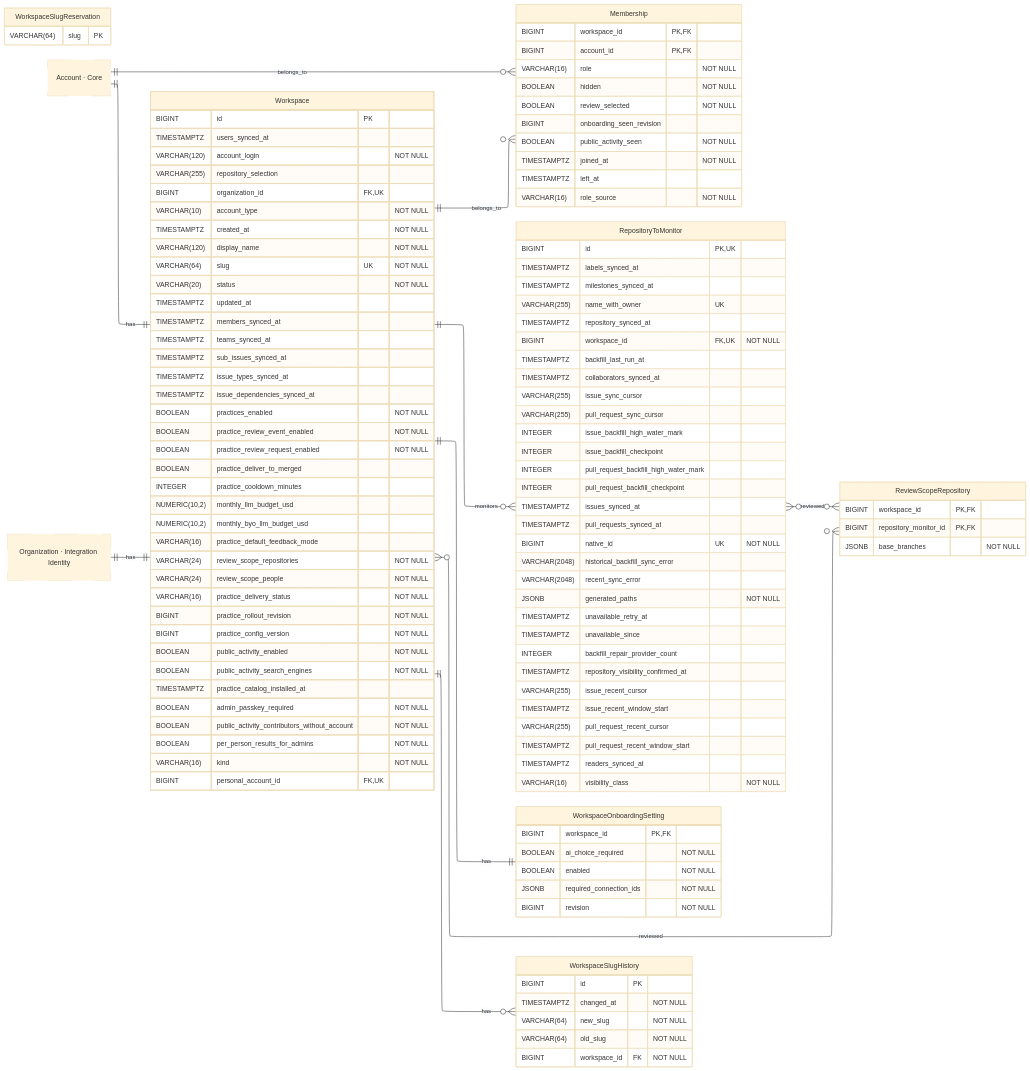
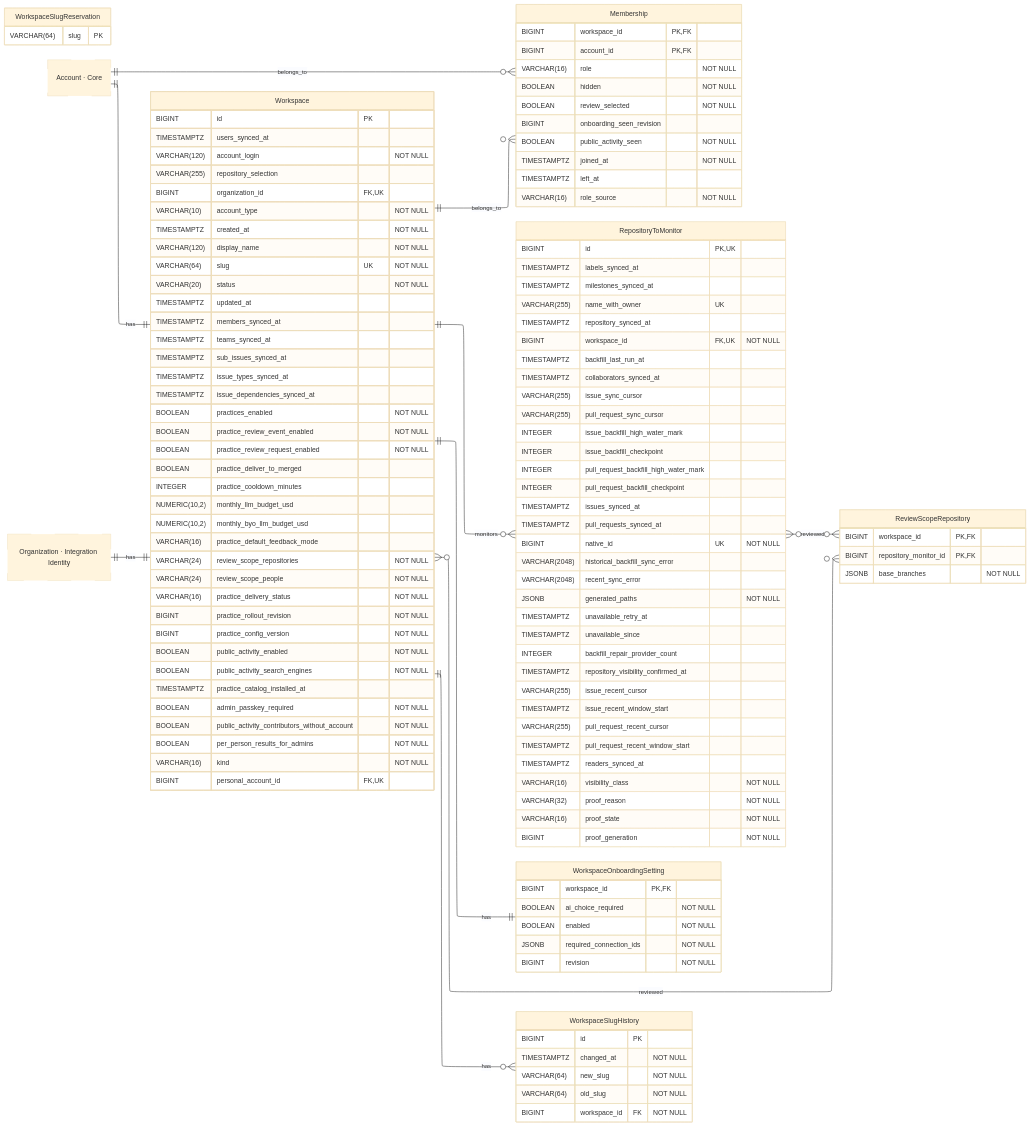
Before and after one commit to hephaestus-build/Hephaestus: the diagram in docs/contributor/erd/workspace.mmd, drawn with Mermaid (base theme). The commit also changed 28 other files, not shown here.

```diff
--- a/docs/contributor/erd/workspace.mmd
+++ b/docs/contributor/erd/workspace.mmd
@@ -1,152 +1,155 @@
 ---
 config:
     layout: elk
 ---
 erDiagram
     %% Generated automatically from PostgreSQL database schema
     %% using scripts/generate-mermaid-erd.ts
     %% To regenerate: vp run db:generate-erd-docs
 
     direction LR
 
     Membership {
         BIGINT workspace_id PK,FK
         BIGINT account_id PK,FK
         VARCHAR(16) role "NOT NULL"
         BOOLEAN hidden "NOT NULL"
         BOOLEAN review_selected "NOT NULL"
         BIGINT onboarding_seen_revision
         BOOLEAN public_activity_seen "NOT NULL"
         TIMESTAMPTZ joined_at "NOT NULL"
         TIMESTAMPTZ left_at
         VARCHAR(16) role_source "NOT NULL"
     }
 
     RepositoryToMonitor {
         BIGINT id PK,UK
         TIMESTAMPTZ labels_synced_at
         TIMESTAMPTZ milestones_synced_at
         VARCHAR(255) name_with_owner UK
         TIMESTAMPTZ repository_synced_at
         BIGINT workspace_id FK,UK "NOT NULL"
         TIMESTAMPTZ backfill_last_run_at
         TIMESTAMPTZ collaborators_synced_at
         VARCHAR(255) issue_sync_cursor
         VARCHAR(255) pull_request_sync_cursor
         INTEGER issue_backfill_high_water_mark
         INTEGER issue_backfill_checkpoint
         INTEGER pull_request_backfill_high_water_mark
         INTEGER pull_request_backfill_checkpoint
         TIMESTAMPTZ issues_synced_at
         TIMESTAMPTZ pull_requests_synced_at
         BIGINT native_id UK "NOT NULL"
         VARCHAR(2048) historical_backfill_sync_error
         VARCHAR(2048) recent_sync_error
         JSONB generated_paths "NOT NULL"
         TIMESTAMPTZ unavailable_retry_at
         TIMESTAMPTZ unavailable_since
         INTEGER backfill_repair_provider_count
         TIMESTAMPTZ repository_visibility_confirmed_at
         VARCHAR(255) issue_recent_cursor
         TIMESTAMPTZ issue_recent_window_start
         VARCHAR(255) pull_request_recent_cursor
         TIMESTAMPTZ pull_request_recent_window_start
         TIMESTAMPTZ readers_synced_at
         VARCHAR(16) visibility_class "NOT NULL"
+        VARCHAR(32) proof_reason "NOT NULL"
+        VARCHAR(16) proof_state "NOT NULL"
+        BIGINT proof_generation "NOT NULL"
     }
 
     ReviewScopeRepository {
         BIGINT workspace_id PK,FK
         BIGINT repository_monitor_id PK,FK
         JSONB base_branches "NOT NULL"
     }
 
     Workspace {
         BIGINT id PK
         TIMESTAMPTZ users_synced_at
         VARCHAR(120) account_login "NOT NULL"
         VARCHAR(255) repository_selection
         BIGINT organization_id FK,UK
         VARCHAR(10) account_type "NOT NULL"
         TIMESTAMPTZ created_at "NOT NULL"
         VARCHAR(120) display_name "NOT NULL"
         VARCHAR(64) slug UK "NOT NULL"
         VARCHAR(20) status "NOT NULL"
         TIMESTAMPTZ updated_at
         TIMESTAMPTZ members_synced_at
         TIMESTAMPTZ teams_synced_at
         TIMESTAMPTZ sub_issues_synced_at
         TIMESTAMPTZ issue_types_synced_at
         TIMESTAMPTZ issue_dependencies_synced_at
         BOOLEAN practices_enabled "NOT NULL"
         BOOLEAN practice_review_event_enabled "NOT NULL"
         BOOLEAN practice_review_request_enabled "NOT NULL"
         BOOLEAN practice_deliver_to_merged
         INTEGER practice_cooldown_minutes
         NUMERIC(10,2) monthly_llm_budget_usd
         NUMERIC(10,2) monthly_byo_llm_budget_usd
         VARCHAR(16) practice_default_feedback_mode
         VARCHAR(24) review_scope_repositories "NOT NULL"
         VARCHAR(24) review_scope_people "NOT NULL"
         VARCHAR(16) practice_delivery_status "NOT NULL"
         BIGINT practice_rollout_revision "NOT NULL"
         BIGINT practice_config_version "NOT NULL"
         BOOLEAN public_activity_enabled "NOT NULL"
         BOOLEAN public_activity_search_engines "NOT NULL"
         TIMESTAMPTZ practice_catalog_installed_at
         BOOLEAN admin_passkey_required "NOT NULL"
         BOOLEAN public_activity_contributors_without_account "NOT NULL"
         BOOLEAN per_person_results_for_admins "NOT NULL"
         VARCHAR(16) kind "NOT NULL"
         BIGINT personal_account_id FK,UK
     }
 
     WorkspaceOnboardingSetting {
         BIGINT workspace_id PK,FK
         BOOLEAN ai_choice_required "NOT NULL"
         BOOLEAN enabled "NOT NULL"
         JSONB required_connection_ids "NOT NULL"
         BIGINT revision "NOT NULL"
     }
 
     WorkspaceSlugHistory {
         BIGINT id PK
         TIMESTAMPTZ changed_at "NOT NULL"
         VARCHAR(64) new_slug "NOT NULL"
         VARCHAR(64) old_slug "NOT NULL"
         BIGINT workspace_id FK "NOT NULL"
     }
 
     WorkspaceSlugReservation {
         VARCHAR(64) slug PK
     }
 
     Account["Account · Core"]
     Organization["Organization · Integration Identity"]
 
     %% Relationships
     %% One-to-One relationships
     Organization ||--|| Workspace : has
     Account ||--|| Workspace : has
     Workspace ||--|| WorkspaceOnboardingSetting : has
 
     %% One-to-Many relationships
     Account ||--o{ Membership : belongs_to
     Workspace ||--o{ Membership : belongs_to
     Workspace ||--o{ RepositoryToMonitor : monitors
     Workspace ||--o{ WorkspaceSlugHistory : has
 
     %% Many-to-Many relationships
     RepositoryToMonitor }o--o{ ReviewScopeRepository : reviewed
     Workspace }o--o{ ReviewScopeRepository : reviewed
 
     %% Styling
     classDef primaryEntity stroke-width:2px
     classDef associationEntity stroke-width:1px
     classDef metadataEntity stroke-width:1px
     classDef referenceEntity stroke-dasharray:5 5
 
     class Account referenceEntity
     class Organization referenceEntity
     class RepositoryToMonitor metadataEntity
     class Workspace primaryEntity
```
